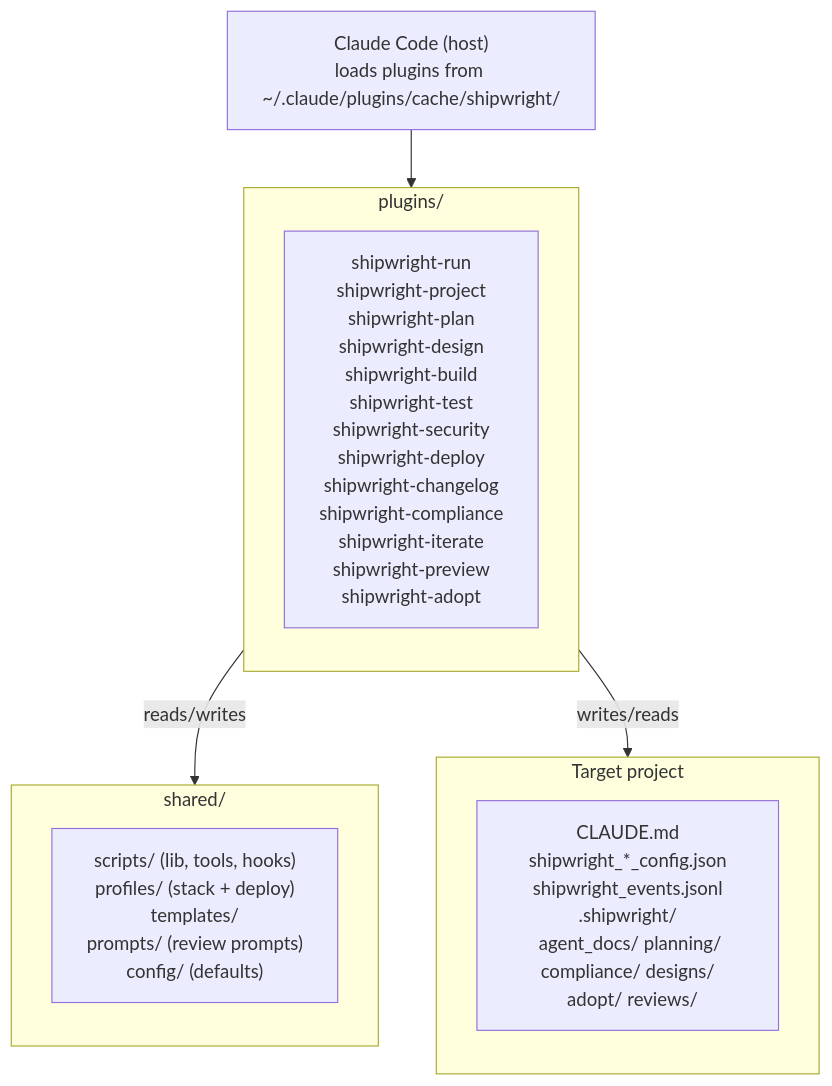
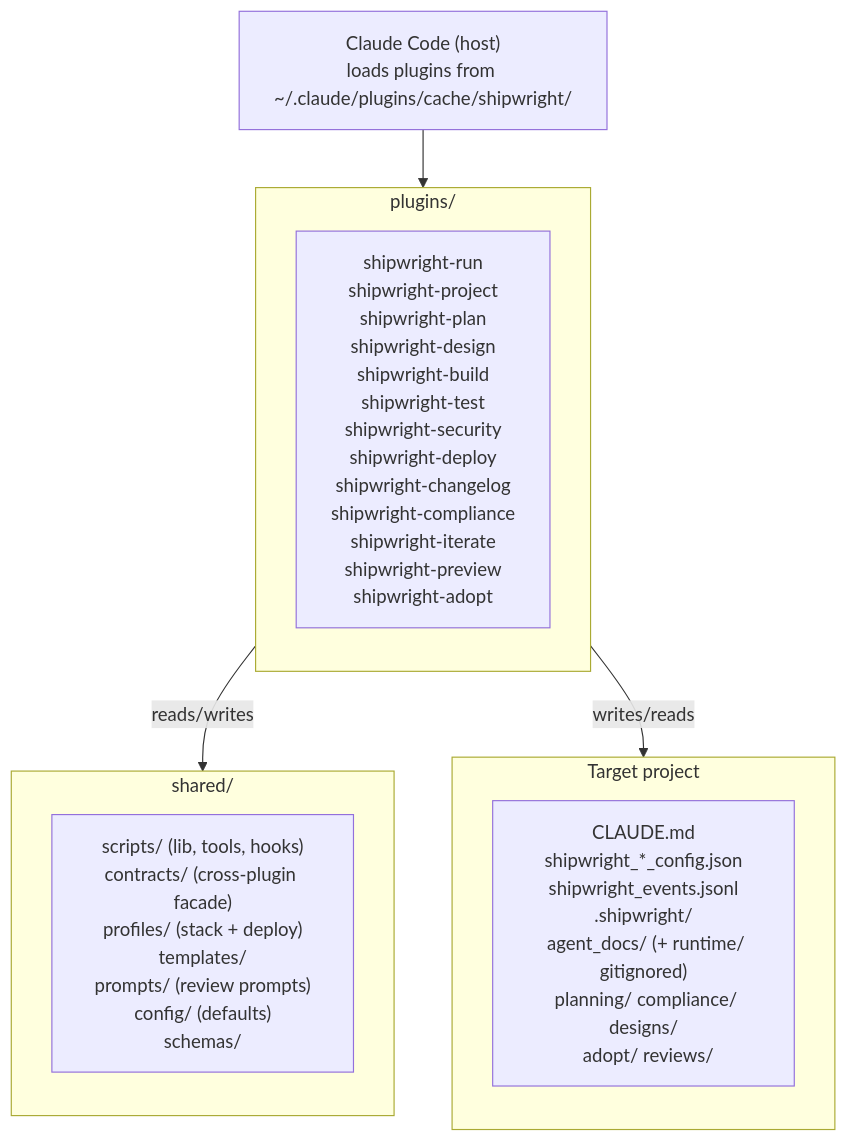
One commit to svenroth-ai/shipwright changed the diagram in .shipwright/agent_docs/architecture.md. Above: the diagram before and after it, drawn with Mermaid. The commit also changed other lines of this file and 1 other file, not shown here.

First line of the commit message:
docs(agent-docs): refresh architecture.md + ADR INDEX for Campaign B baseline

````diff
--- a/.shipwright/agent_docs/architecture.md
+++ b/.shipwright/agent_docs/architecture.md
@@ -6,23 +6,23 @@
 ```mermaid
 flowchart TB
   CC["Claude Code (host)<br/>loads plugins from ~/.claude/plugins/cache/shipwright/"]
 
   subgraph plugins["plugins/"]
     direction TB
     P["shipwright-run<br/>shipwright-project<br/>shipwright-plan<br/>shipwright-design<br/>shipwright-build<br/>shipwright-test<br/>shipwright-security<br/>shipwright-deploy<br/>shipwright-changelog<br/>shipwright-compliance<br/>shipwright-iterate<br/>shipwright-preview<br/>shipwright-adopt"]
   end
 
   subgraph shared["shared/"]
     direction TB
-    S["scripts/ (lib, tools, hooks)<br/>profiles/ (stack + deploy)<br/>templates/<br/>prompts/ (review prompts)<br/>config/ (defaults)"]
+    S["scripts/ (lib, tools, hooks)<br/>contracts/ (cross-plugin facade)<br/>profiles/ (stack + deploy)<br/>templates/<br/>prompts/ (review prompts)<br/>config/ (defaults)<br/>schemas/"]
   end
 
   subgraph target["Target project"]
     direction TB
-    T["CLAUDE.md<br/>shipwright_*_config.json<br/>shipwright_events.jsonl<br/>.shipwright/<br/>&nbsp;&nbsp;agent_docs/ planning/ compliance/ designs/<br/>&nbsp;&nbsp;adopt/ reviews/"]
+    T["CLAUDE.md<br/>shipwright_*_config.json<br/>shipwright_events.jsonl<br/>.shipwright/<br/>&nbsp;&nbsp;agent_docs/ (+ runtime/ gitignored)<br/>&nbsp;&nbsp;planning/ compliance/ designs/<br/>&nbsp;&nbsp;adopt/ reviews/"]
   end
 
   CC --> plugins
   plugins -- "reads/writes" --> shared
   plugins -- "writes/reads" --> target
 ```
````
